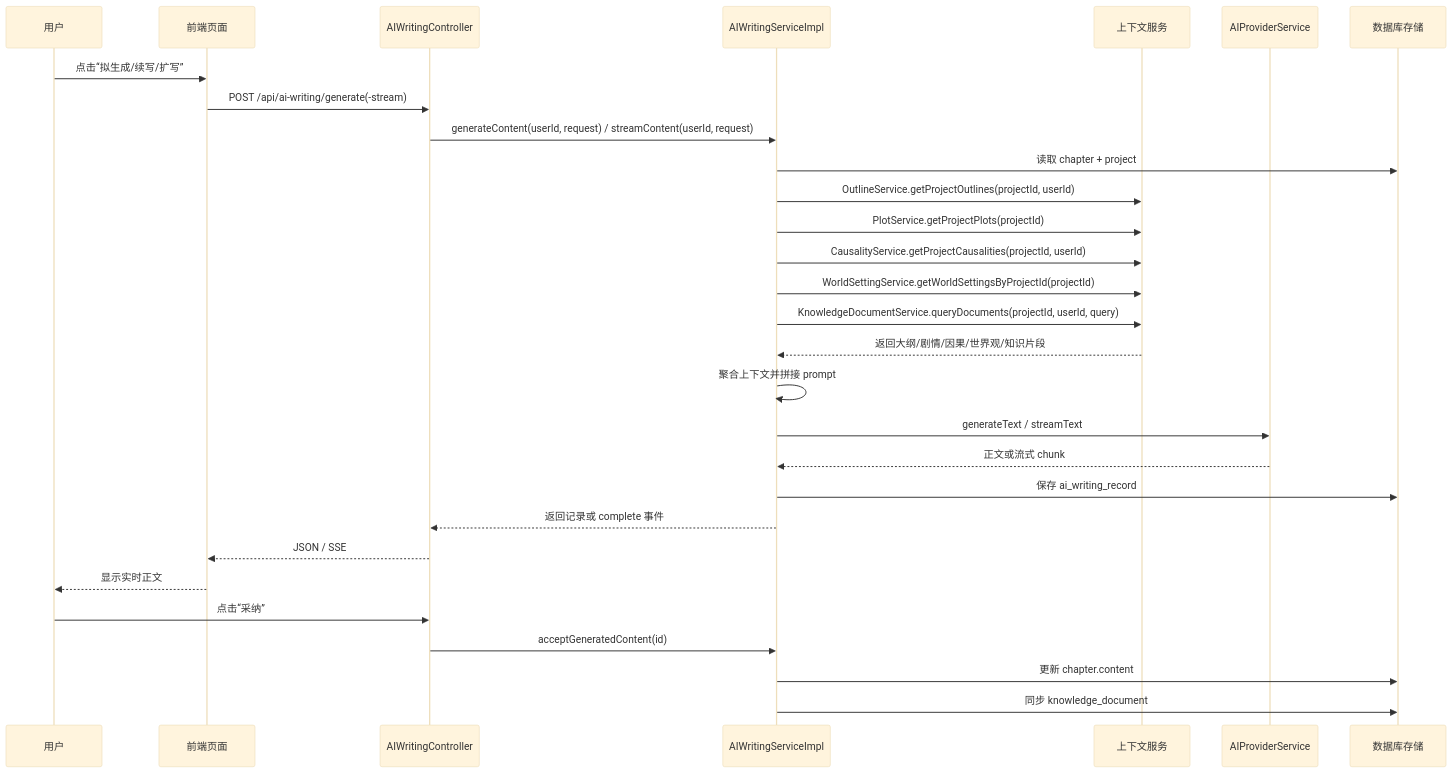
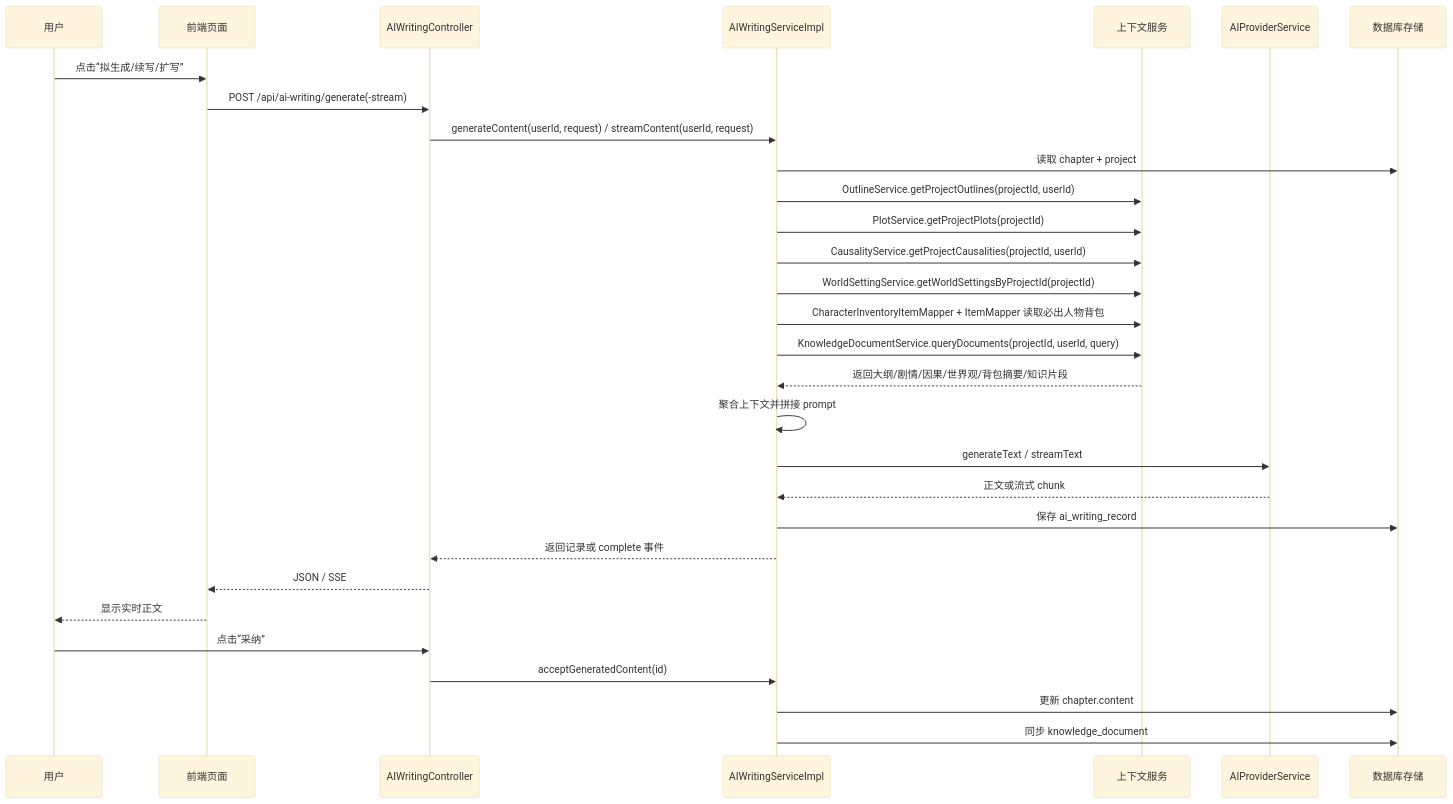
One commit to ZYZ-Labs/story-weaver changed the second of 2 diagrams in docs/ai-context-flow.md. Above: the diagram before and after it, drawn with Mermaid (base theme). The commit also changed other lines of this file and 5 other files, not shown here.

````diff
--- a/docs/ai-context-flow.md
+++ b/docs/ai-context-flow.md
@@ -38,32 +40,33 @@
 ```mermaid
 sequenceDiagram
     participant U as 用户
     participant F as 前端页面
     participant C as AIWritingController
     participant S as AIWritingServiceImpl
     participant X as 上下文服务
     participant P as AIProviderService
     participant D as 数据库存储
 
     U->>F: 点击“拟生成/续写/扩写”
     F->>C: POST /api/ai-writing/generate(-stream)
     C->>S: generateContent(userId, request) / streamContent(userId, request)
     S->>D: 读取 chapter + project
     S->>X: OutlineService.getProjectOutlines(projectId, userId)
     S->>X: PlotService.getProjectPlots(projectId)
     S->>X: CausalityService.getProjectCausalities(projectId, userId)
     S->>X: WorldSettingService.getWorldSettingsByProjectId(projectId)
+    S->>X: CharacterInventoryItemMapper + ItemMapper 读取必出人物背包
     S->>X: KnowledgeDocumentService.queryDocuments(projectId, userId, query)
-    X-->>S: 返回大纲/剧情/因果/世界观/知识片段
+    X-->>S: 返回大纲/剧情/因果/世界观/背包摘要/知识片段
     S->>S: 聚合上下文并拼接 prompt
     S->>P: generateText / streamText
     P-->>S: 正文或流式 chunk
     S->>D: 保存 ai_writing_record
     S-->>C: 返回记录或 complete 事件
     C-->>F: JSON / SSE
     F-->>U: 显示实时正文
     U->>C: 点击“采纳”
     C->>S: acceptGeneratedContent(id)
     S->>D: 更新 chapter.content
     S->>D: 同步 knowledge_document
 ```
````
